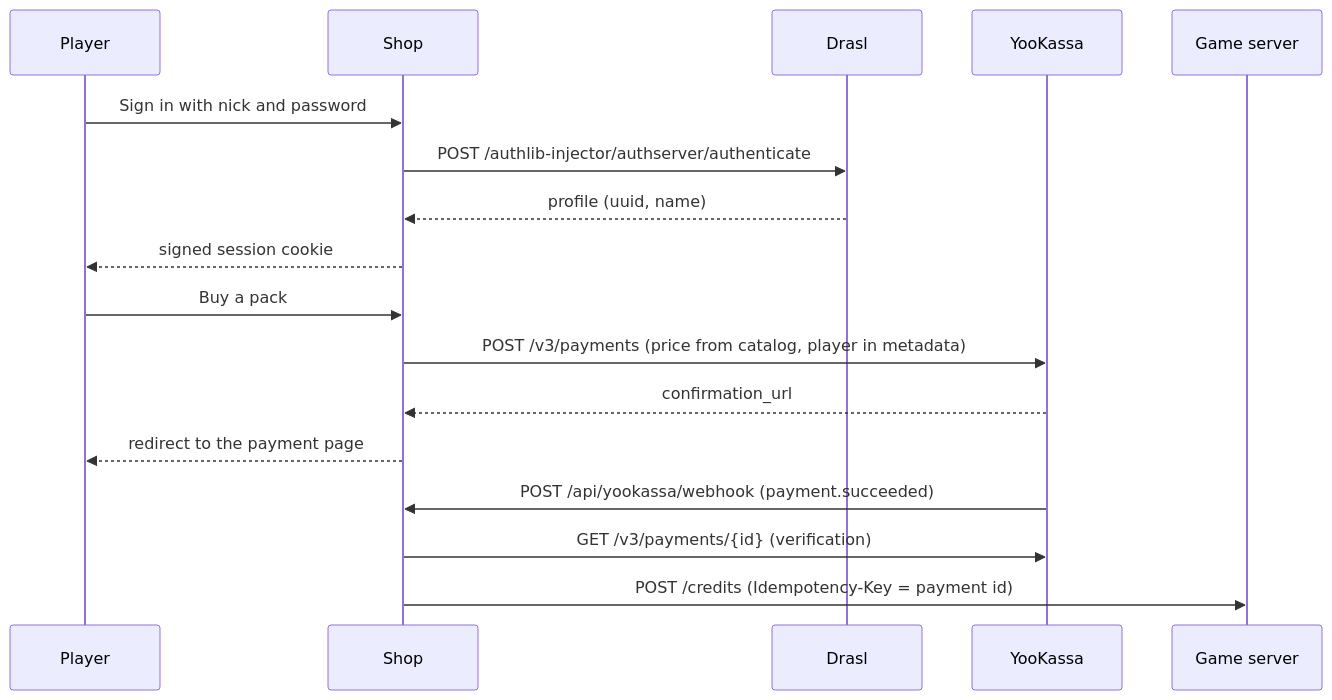
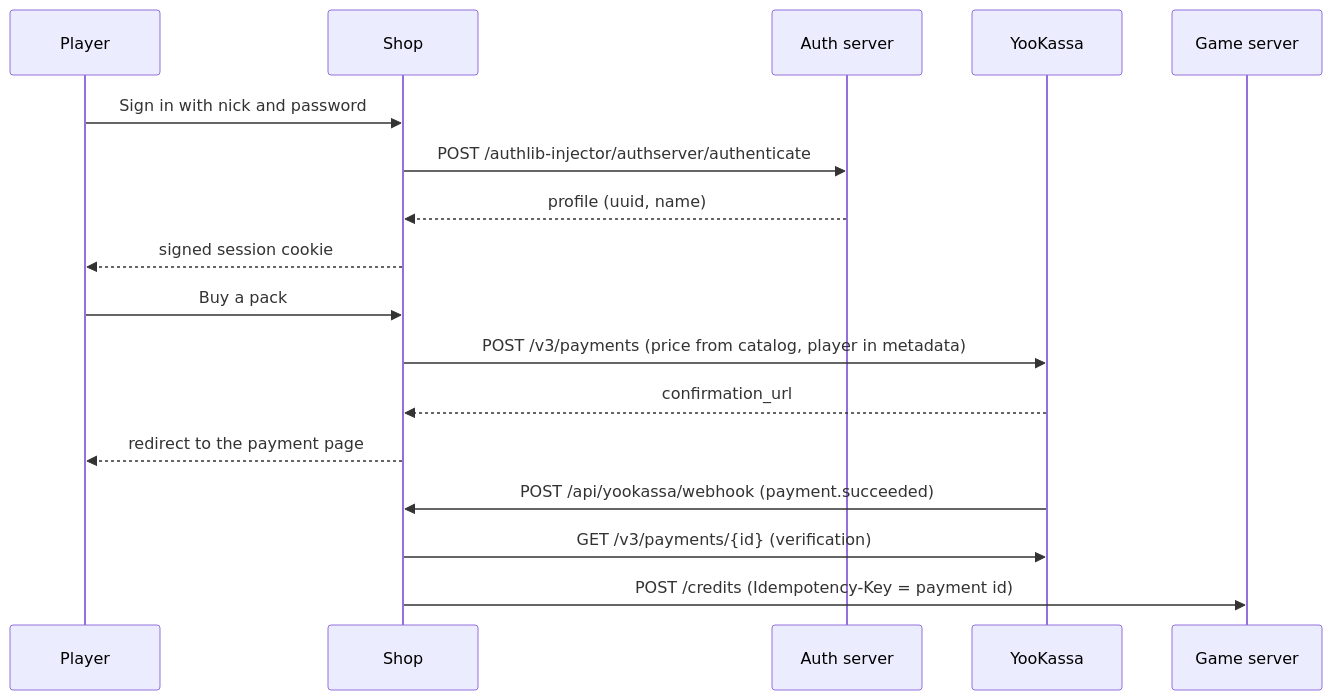
Before and after one commit to BuildTage-Minecraft-server/cbo-shop: the diagram in README.md, drawn with Mermaid. The commit also changed other lines of this file and 30 other files, not shown here.

````diff
--- a/README.md
+++ b/README.md
@@ -60,19 +60,19 @@
 ```mermaid
 sequenceDiagram
     participant P as Player
     participant S as Shop
-    participant D as Drasl
+    participant D as Auth server
     participant Y as YooKassa
     participant G as Game server
     P->>S: Sign in with nick and password
     S->>D: POST /authlib-injector/authserver/authenticate
     D-->>S: profile (uuid, name)
     S-->>P: signed session cookie
     P->>S: Buy a pack
     S->>Y: POST /v3/payments (price from catalog, player in metadata)
     Y-->>S: confirmation_url
     S-->>P: redirect to the payment page
     Y->>S: POST /api/yookassa/webhook (payment.succeeded)
     S->>Y: GET /v3/payments/{id} (verification)
     S->>G: POST /credits (Idempotency-Key = payment id)
 ```
````
